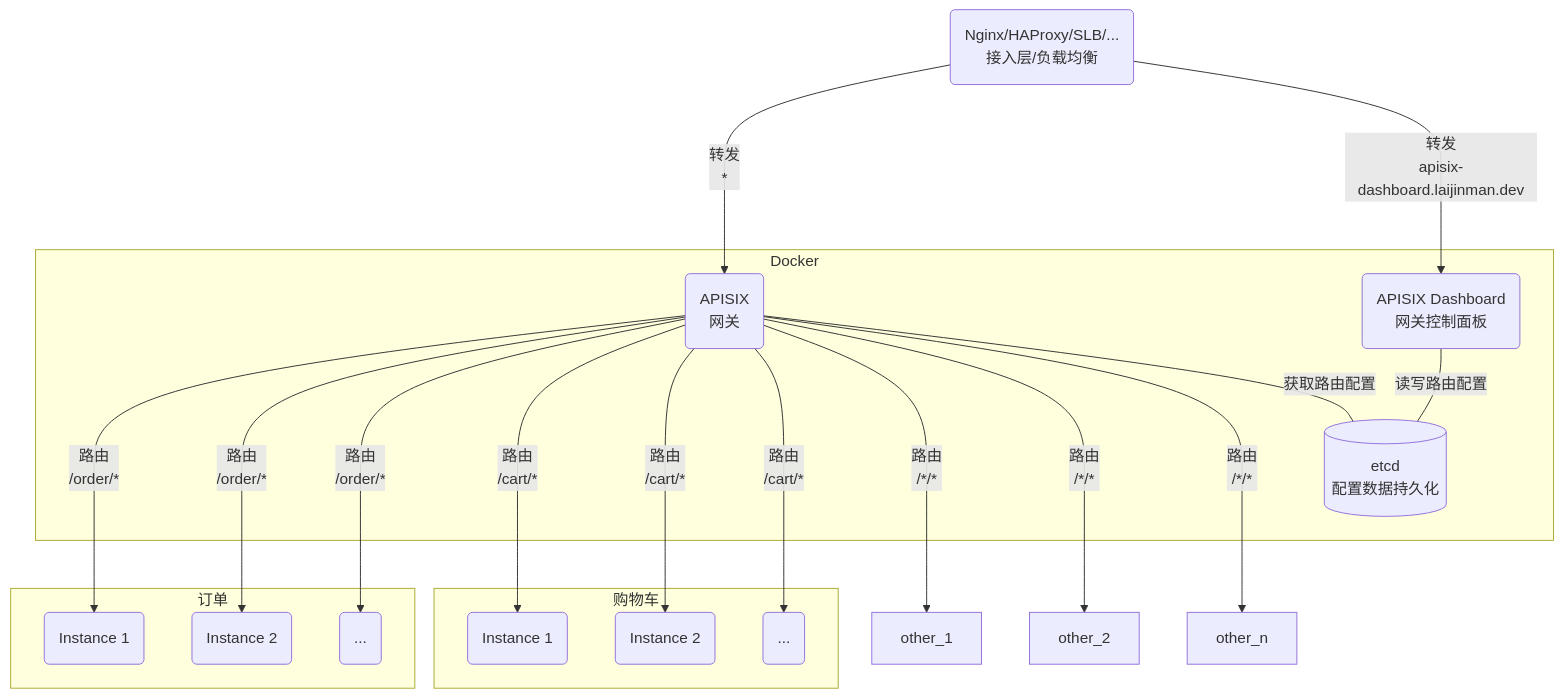
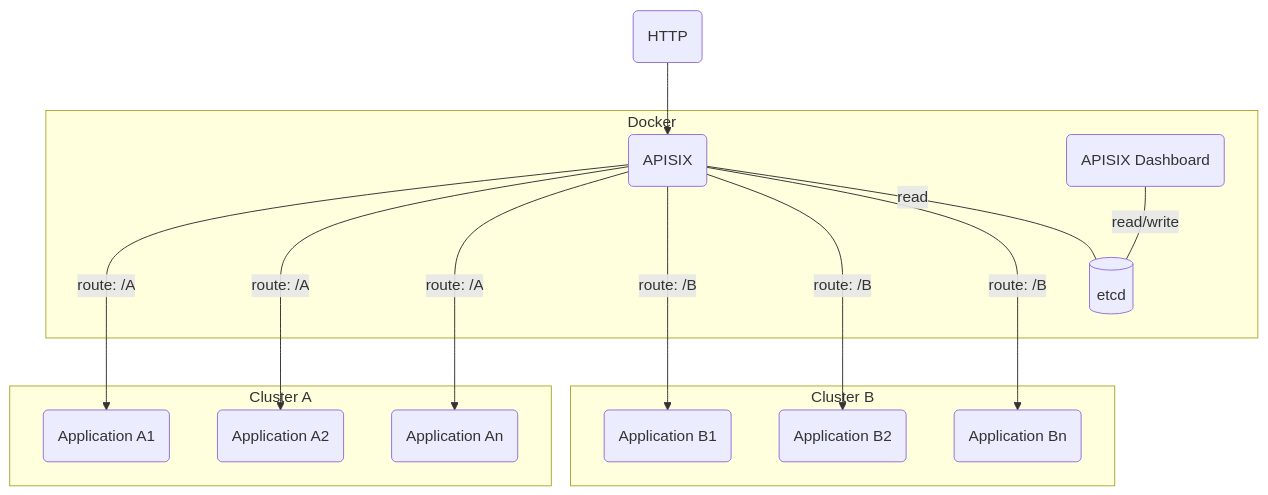
One commit to laijinman/laijinman.github.io changed the first of 2 diagrams in _posts/2023-11-17-deploy-apisix-using-container.md. Above: the diagram before and after it, drawn with Mermaid. The commit also changed other lines of this file, not shown here.

````diff
--- a/_posts/2023-11-17-deploy-apisix-using-container.md
+++ b/_posts/2023-11-17-deploy-apisix-using-container.md
@@ -17,31 +18,29 @@
 ```mermaid
 flowchart TB
 
-lb(Nginx/HAProxy/SLB/...\n接入层/负载均衡)
+lb(HTTP)
 
 subgraph docker [Docker]
-    apisix(APISIX\n网关)
-    dashboard(APISIX Dashboard\n网关控制面板)
-    etcd[(etcd\n配置数据持久化)]
+    apisix(APISIX)
+    dashboard(APISIX Dashboard)
+    etcd[(etcd)]
 end
 
-subgraph app_order [订单]
-    order_1(Instance 1)
-    order_2(Instance 2)
-    order_n(...)
+subgraph cluster_a [Cluster A]
+    app_a_1(Application A1)
+    app_a_2(Application A2)
+    app_a_n(Application An)
 end
 
-subgraph app_cart [购物车]
-    cart_1(Instance 1)
-    cart_2(Instance 2)
-    cart_n(...)
+subgraph cluster_b [Cluster B]
+    app_b_1(Application B1)
+    app_b_2(Application B2)
+    app_b_n(Application Bn)
 end
 
-lb --转发\n*---> apisix
-lb --转发\napisix-dashboard.laijinman.dev---> dashboard
-apisix --路由\n/order/*---> order_1 & order_2 & order_n
-apisix --路由\n/cart/*---> cart_1 & cart_2 & cart_n
-apisix --路由\n/*/*---> other_1 & other_2 & other_n
-apisix --获取路由配置--- etcd
-dashboard --读写路由配置--- etcd
+lb --> apisix
+apisix --route: /A---> app_a_1 & app_a_2 & app_a_n
+apisix --route: /B---> app_b_1 & app_b_2 & app_b_n
+apisix --read--- etcd
+dashboard --read/write--- etcd
 ```
````
